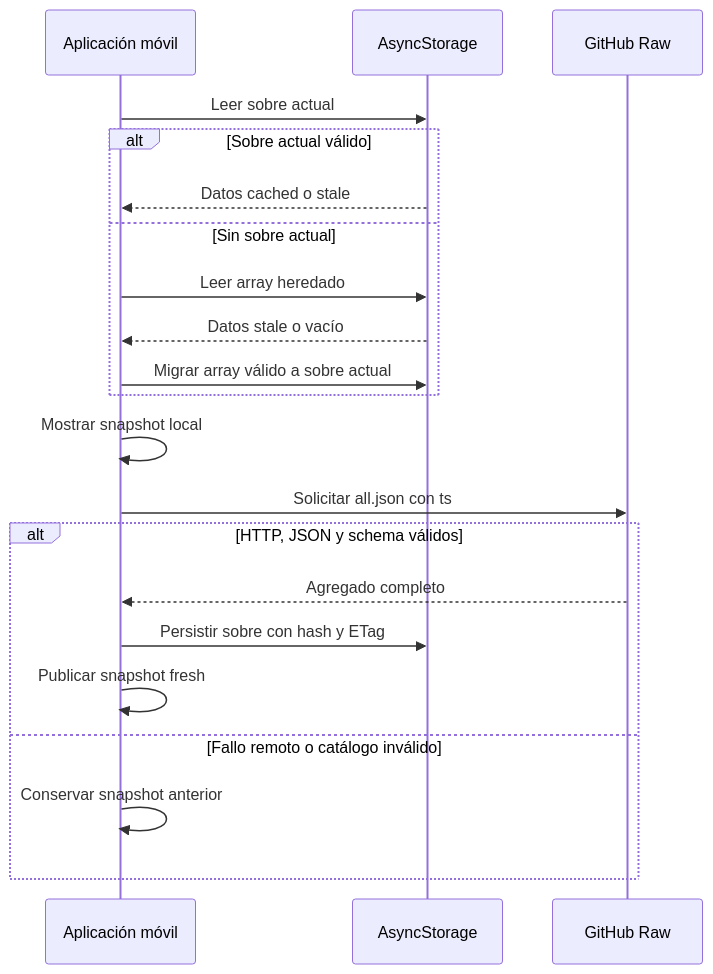
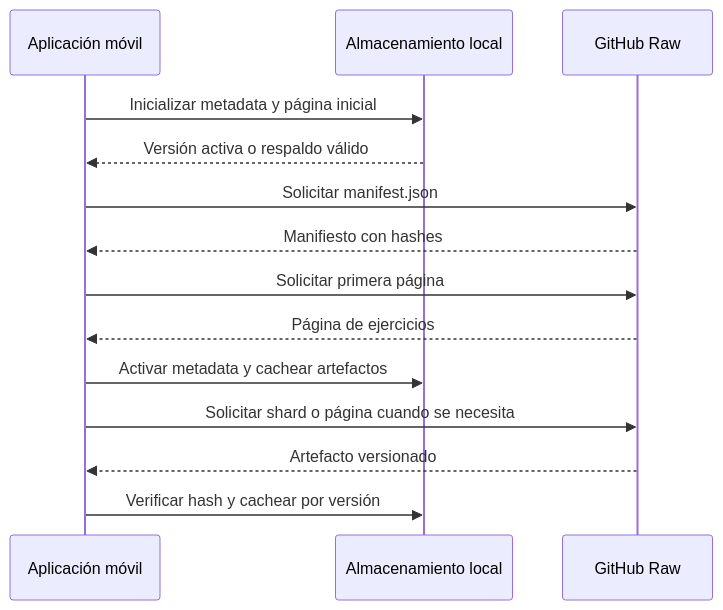
One commit to maximofn/gymnasia changed the second of 2 diagrams in openwiki/content/repositories.md. Above: the diagram before and after it, drawn with Mermaid. The commit also changed other lines of this file and 50 other files, not shown here.

````diff
--- a/openwiki/content/repositories.md
+++ b/openwiki/content/repositories.md
@@ -124,23 +119,16 @@
 ```mermaid
 sequenceDiagram
-    participant App as Aplicación móvil
-    participant Storage as AsyncStorage
+    participant Mobile as Aplicación móvil
+    participant Storage as Almacenamiento local
     participant Raw as GitHub Raw
-    App->>Storage: Leer sobre actual
-    alt Sobre actual válido
-        Storage-->>App: Datos cached o stale
-    else Sin sobre actual
-        App->>Storage: Leer array heredado
-        Storage-->>App: Datos stale o vacío
-        App->>Storage: Migrar array válido a sobre actual
-    end
-    App->>App: Mostrar snapshot local
-    App->>Raw: Solicitar all.json con ts
-    alt HTTP, JSON y schema válidos
-        Raw-->>App: Agregado completo
-        App->>Storage: Persistir sobre con hash y ETag
-        App->>App: Publicar snapshot fresh
-    else Fallo remoto o catálogo inválido
-        App->>App: Conservar snapshot anterior
-    end
+    Mobile->>Storage: Inicializar metadata y página inicial
+    Storage-->>Mobile: Versión activa o respaldo válido
+    Mobile->>Raw: Solicitar manifest.json
+    Raw-->>Mobile: Manifiesto con hashes
+    Mobile->>Raw: Solicitar primera página
+    Raw-->>Mobile: Página de ejercicios
+    Mobile->>Storage: Activar metadata y cachear artefactos
+    Mobile->>Raw: Solicitar shard o página cuando se necesita
+    Raw-->>Mobile: Artefacto versionado
+    Mobile->>Storage: Verificar hash y cachear por versión
 ```
````
